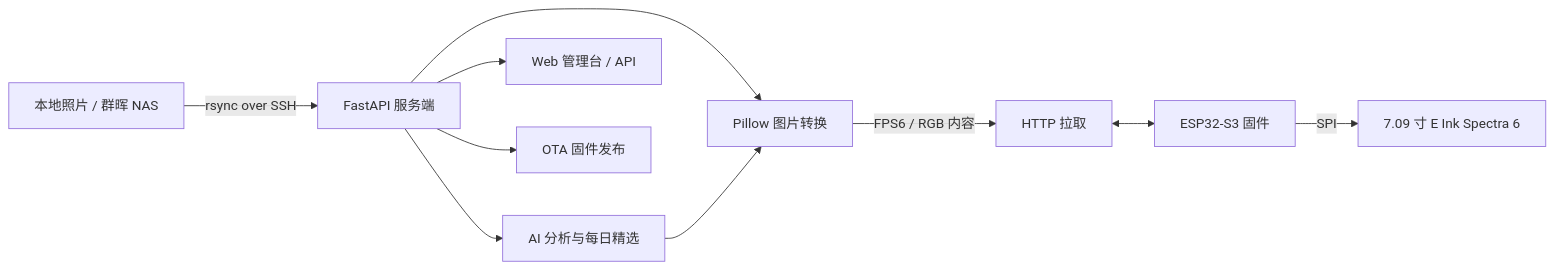
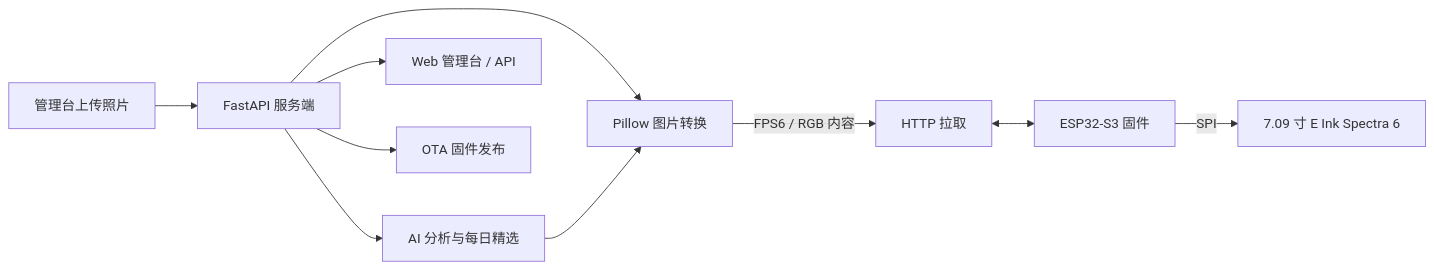
Before and after one commit to Naoki326/FramedPhoto: the diagram in README.md, drawn with Mermaid. The commit also changed other lines of this file and 31 other files, not shown here.

````diff
--- a/README.md
+++ b/README.md
@@ -134,12 +133,12 @@
 ```mermaid
 flowchart LR
-    A[本地照片 / 群晖 NAS] -->|rsync over SSH| B
+    A[管理台上传照片] --> B
     B[FastAPI 服务端] --> C[AI 分析与每日精选]
     B --> D[Pillow 图片转换]
     C --> D
     D -->|FPS6 / RGB 内容| E[HTTP 拉取]
     E <--> F[ESP32-S3 固件]
     F -->|SPI| G[7.09 寸 E Ink Spectra 6]
     B --> H[Web 管理台 / API]
     B --> I[OTA 固件发布]
 ```
````
